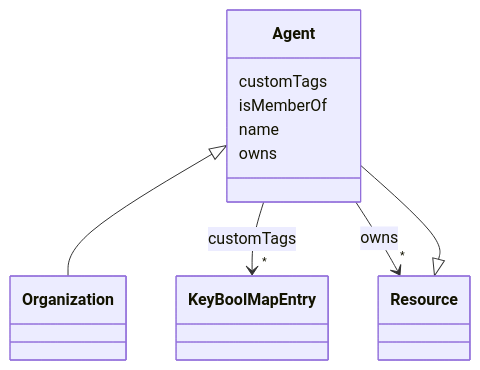
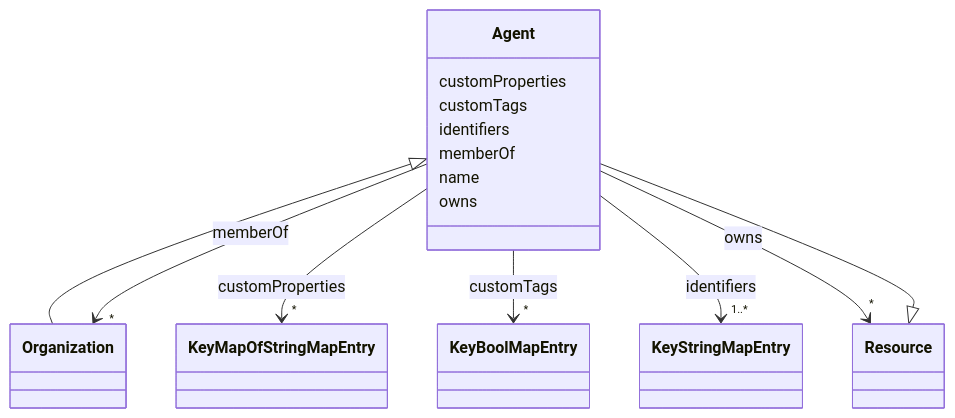
The diagram in docs/Agent.md (takashikasuya/smartbuiding_ontology), drawn with Mermaid before and after one commit. The commit also changed other lines of this file and 74 other files, not shown here.

````diff
--- a/docs/Agent.md
+++ b/docs/Agent.md
@@ -18,40 +18,71 @@
 ```mermaid
  classDiagram
     class Agent
     click Agent href "../Agent/"
       Resource <|-- Agent
         click Resource href "../Resource/"
       
 
       Agent <|-- Organization
         click Organization href "../Organization/"
       
 
+      Agent : customProperties
+        
+          
+    
+        
+        
+        Agent --> "*" KeyMapOfStringMapEntry : customProperties
+        click KeyMapOfStringMapEntry href "../KeyMapOfStringMapEntry/"
+    
+
+        
       Agent : customTags
         
           
     
         
         
         Agent --> "*" KeyBoolMapEntry : customTags
         click KeyBoolMapEntry href "../KeyBoolMapEntry/"
     
 
         
-      Agent : isMemberOf
+      Agent : identifiers
+        
+          
+    
+        
+        
+        Agent --> "1..*" KeyStringMapEntry : identifiers
+        click KeyStringMapEntry href "../KeyStringMapEntry/"
+    
+
+        
+      Agent : memberOf
+        
+          
+    
+        
+        
+        Agent --> "*" Organization : memberOf
+        click Organization href "../Organization/"
+    
+
         
       Agent : name
         
       Agent : owns
         
           
     
         
         
         Agent --> "*" Resource : owns
         click Resource href "../Resource/"
     
 
         
       
 ```
````
